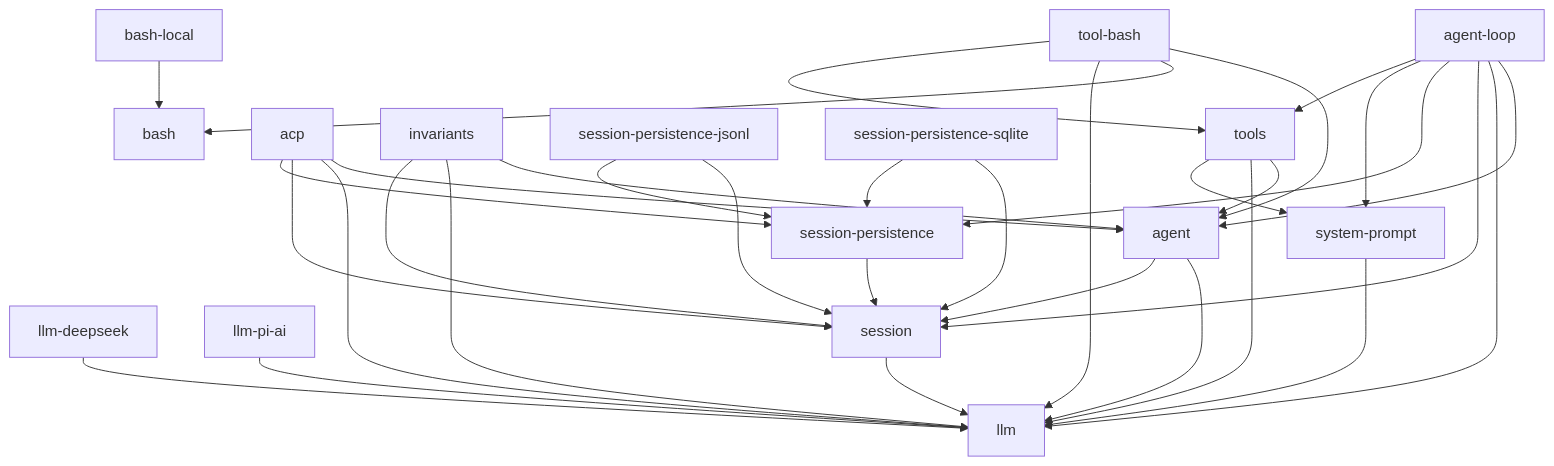
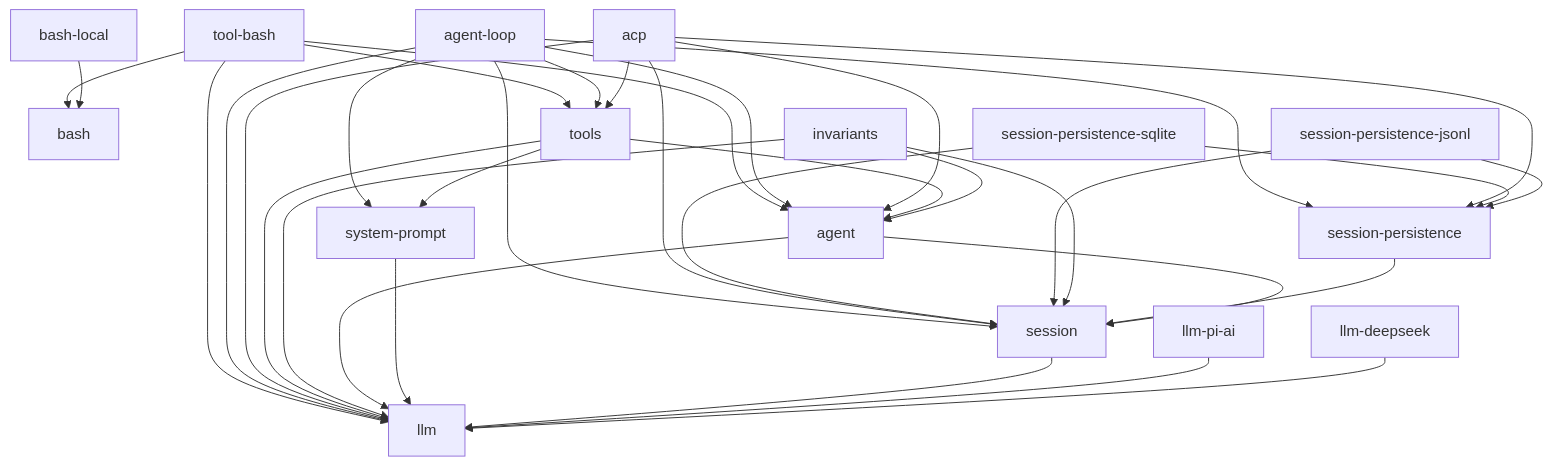
Before and after one commit to eru123/coco-harness: the diagram in docs/module-graph.md, drawn with Mermaid. The commit also changed other lines of this file and 20 other files, not shown here.

````diff
--- a/docs/module-graph.md
+++ b/docs/module-graph.md
@@ -8,35 +8,36 @@
 ```mermaid
 graph TD
   bash-local --> bash
   llm-deepseek --> llm
   llm-pi-ai --> llm
   session --> llm
   system-prompt --> llm
   agent --> llm
   agent --> session
   session-persistence --> session
-  acp --> agent
-  acp --> llm
-  acp --> session
-  acp --> session-persistence
   invariants --> agent
   invariants --> llm
   invariants --> session
   session-persistence-jsonl --> session
   session-persistence-jsonl --> session-persistence
   session-persistence-sqlite --> session
   session-persistence-sqlite --> session-persistence
   tools --> agent
   tools --> llm
   tools --> system-prompt
+  acp --> agent
+  acp --> llm
+  acp --> session
+  acp --> session-persistence
+  acp --> tools
   agent-loop --> agent
   agent-loop --> llm
   agent-loop --> session
   agent-loop --> session-persistence
   agent-loop --> system-prompt
   agent-loop --> tools
   tool-bash --> agent
   tool-bash --> bash
   tool-bash --> llm
   tool-bash --> tools
 ```
````
